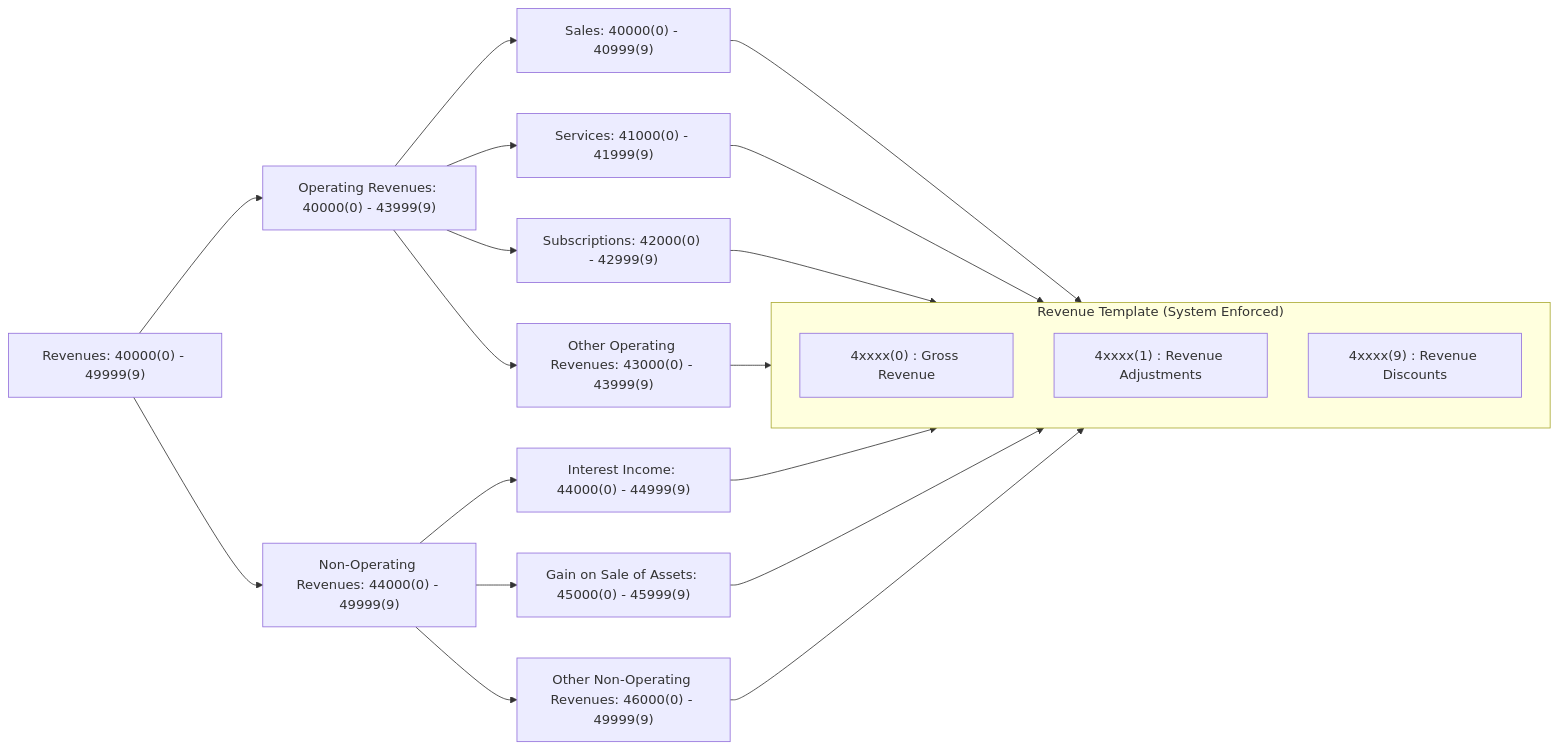
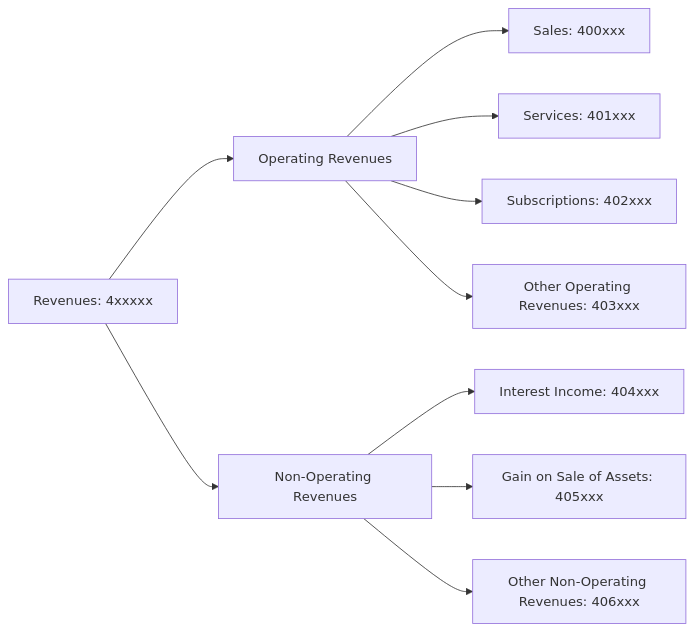
One commit to oosahon/ledgernova-core changed the diagram in src/domain/accounting/__doc__/assets/coa-revenues.mermaid. Above: the diagram before and after it, drawn with Mermaid. The commit also changed 10 other files, not shown here.

Commit message:
doc(coa): update charts of accounts doc

```diff
--- a/src/domain/accounting/__doc__/assets/coa-revenues.mermaid
+++ b/src/domain/accounting/__doc__/assets/coa-revenues.mermaid
@@ -1,27 +1,16 @@
 flowchart LR
-    %% Template is enforced on all revenue accounts, including Other*
-    subgraph RevenueTemplate ["Revenue Template (System Enforced)"]
-        Standard["4xxxx(0) : Gross Revenue"]
-        Adjunct["4xxxx(1) : Revenue Adjustments"]
-        Contra["4xxxx(9) : Revenue Discounts"]
-    end
+    Revenues["Revenues: 4xxxxx"]
 
-    Revenues["Revenues: 40000(0) - 49999(9)"]
+    OperatingRevenues["Operating Revenues"]
+        Sales["Sales: 400xxx"]
+        Services["Services: 401xxx"]
+        Subscriptions["Subscriptions: 402xxx"]
+        OtherOperatingRevenues["Other Operating Revenues: 403xxx"]
+    NonOperatingRevenues["Non-Operating Revenues"]
+        InterestIncome["Interest Income: 404xxx"]
+        GainOnSale["Gain on Sale of Assets: 405xxx"]
+        OtherNonOperatingRevenues["Other Non-Operating Revenues: 406xxx"]
 
-    OperatingRevenues["Operating Revenues: 40000(0) - 43999(9)"]
-        Sales["Sales: 40000(0) - 40999(9)"]
-        Services["Services: 41000(0) - 41999(9)"]
-        Subscriptions["Subscriptions: 42000(0) - 42999(9)"]
-        OtherOperatingRevenues["Other Operating Revenues: 43000(0) - 43999(9)"]
-    NonOperatingRevenues["Non-Operating Revenues: 44000(0) - 49999(9)"]
-        InterestIncome["Interest Income: 44000(0) - 44999(9)"]
-        GainOnSale["Gain on Sale of Assets: 45000(0) - 45999(9)"]
-        OtherNonOperatingRevenues["Other Non-Operating Revenues: 46000(0) - 49999(9)"]
-
-
-    
     Revenues --> OperatingRevenues & NonOperatingRevenues
     OperatingRevenues --> Sales & Services & Subscriptions & OtherOperatingRevenues
     NonOperatingRevenues --> InterestIncome & GainOnSale & OtherNonOperatingRevenues
-
-    Sales & Services & Subscriptions & OtherOperatingRevenues & InterestIncome & GainOnSale & OtherNonOperatingRevenues --> RevenueTemplate
```
